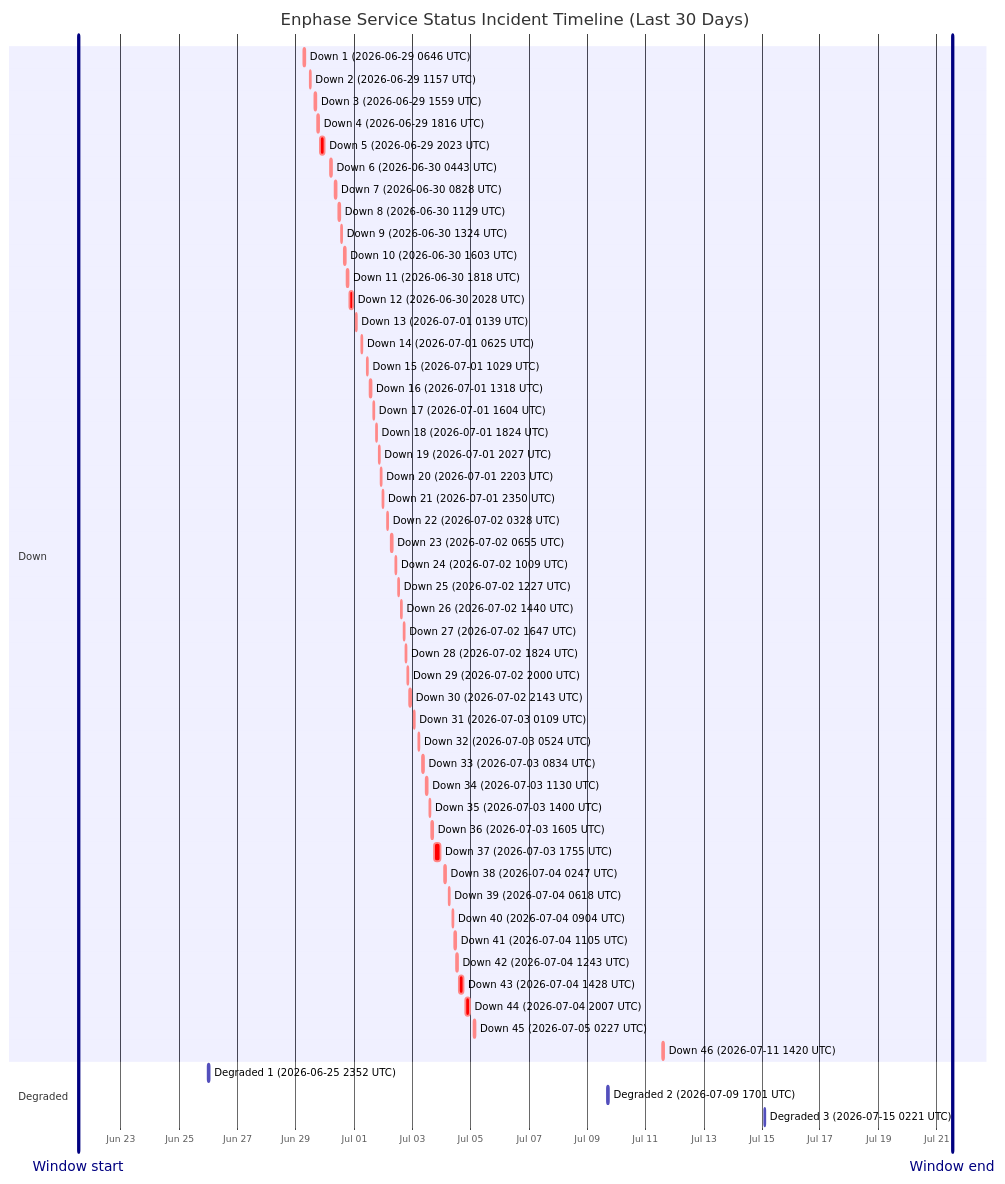
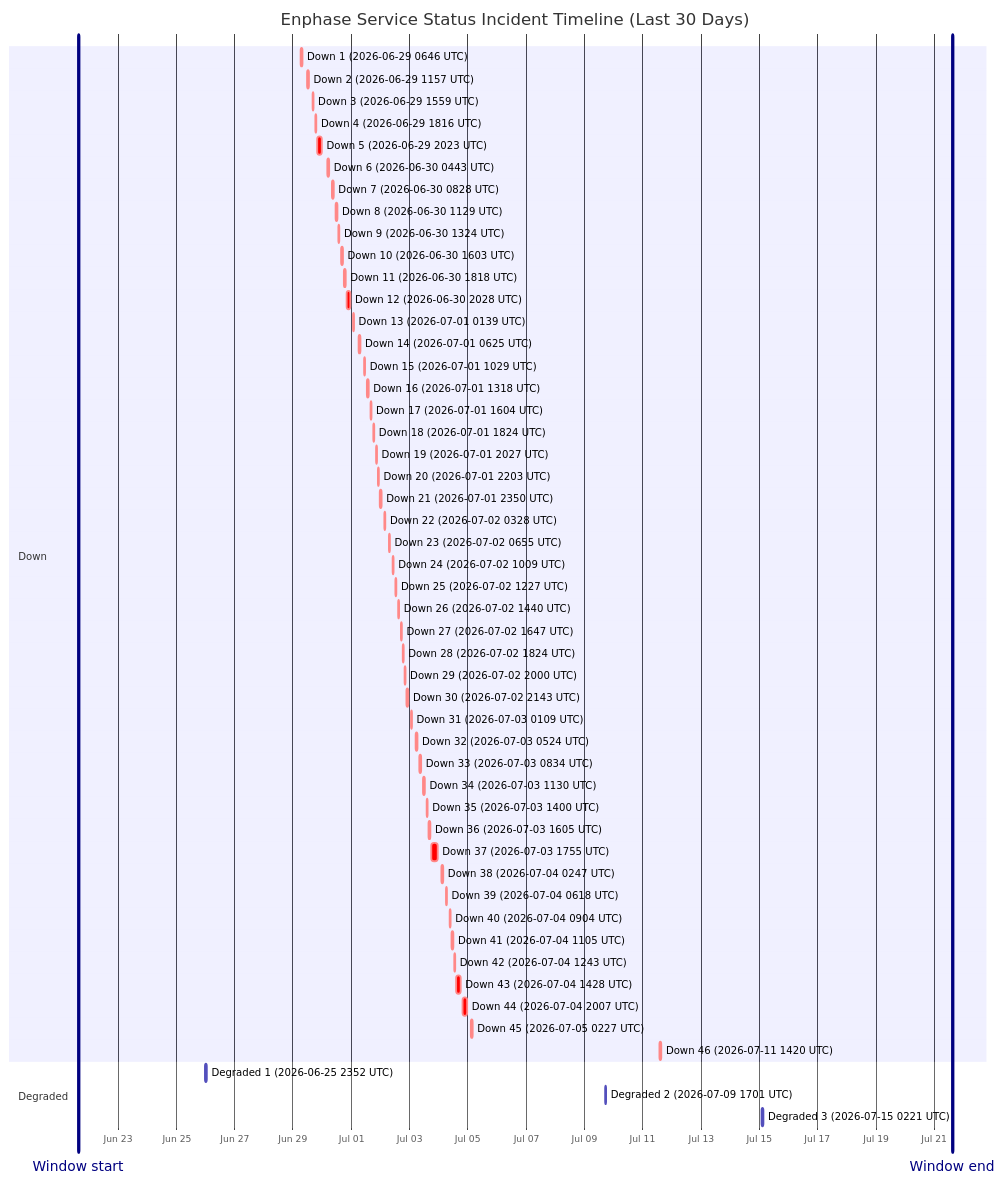
The diagram in wiki/Service-Status-History.md (barneyonline/ha-enphase-energy), drawn with Mermaid before and after one commit. The commit also changed other lines of this file and 3 other files, not shown here.

````diff
--- a/wiki/Service-Status-History.md
+++ b/wiki/Service-Status-History.md
@@ -14,59 +14,59 @@
 ```mermaid
 gantt
     title Enphase Service Status Incident Timeline (Last 30 Days)
     dateFormat  YYYY-MM-DDTHH:mm:ss
     axisFormat  %b %d
-    Window start :vert, window-start, 2026-06-21T12:51:42, 0ms
-    Window end :vert, window-end, 2026-07-21T12:51:42, 0ms
+    Window start :vert, window-start, 2026-06-21T15:02:51, 0ms
+    Window end :vert, window-end, 2026-07-21T15:02:51, 0ms
     section Down
     Down 1 (2026-06-29 0646 UTC) :crit, down-1, 2026-06-29T06:46:18, 60m
     Down 2 (2026-06-29 1157 UTC) :crit, down-2, 2026-06-29T11:57:36, 60m
     Down 3 (2026-06-29 1559 UTC) :crit, down-3, 2026-06-29T15:59:02, 60m
     Down 4 (2026-06-29 1816 UTC) :crit, down-4, 2026-06-29T18:16:38, 60m
     Down 5 (2026-06-29 2023 UTC) :crit, down-5, 2026-06-29T20:23:16, 220m
     Down 6 (2026-06-30 0443 UTC) :crit, down-6, 2026-06-30T04:43:54, 60m
     Down 7 (2026-06-30 0828 UTC) :crit, down-7, 2026-06-30T08:28:43, 60m
     Down 8 (2026-06-30 1129 UTC) :crit, down-8, 2026-06-30T11:29:15, 60m
     Down 9 (2026-06-30 1324 UTC) :crit, down-9, 2026-06-30T13:24:25, 60m
     Down 10 (2026-06-30 1603 UTC) :crit, down-10, 2026-06-30T16:03:26, 60m
     Down 11 (2026-06-30 1818 UTC) :crit, down-11, 2026-06-30T18:18:39, 60m
     Down 12 (2026-06-30 2028 UTC) :crit, down-12, 2026-06-30T20:28:54, 171m
     Down 13 (2026-07-01 0139 UTC) :crit, down-13, 2026-07-01T01:39:18, 60m
     Down 14 (2026-07-01 0625 UTC) :crit, down-14, 2026-07-01T06:25:35, 60m
     Down 15 (2026-07-01 1029 UTC) :crit, down-15, 2026-07-01T10:29:24, 60m
     Down 16 (2026-07-01 1318 UTC) :crit, down-16, 2026-07-01T13:18:31, 60m
     Down 17 (2026-07-01 1604 UTC) :crit, down-17, 2026-07-01T16:04:29, 60m
     Down 18 (2026-07-01 1824 UTC) :crit, down-18, 2026-07-01T18:24:21, 60m
     Down 19 (2026-07-01 2027 UTC) :crit, down-19, 2026-07-01T20:27:17, 60m
     Down 20 (2026-07-01 2203 UTC) :crit, down-20, 2026-07-01T22:03:46, 60m
     Down 21 (2026-07-01 2350 UTC) :crit, down-21, 2026-07-01T23:50:52, 60m
     Down 22 (2026-07-02 0328 UTC) :crit, down-22, 2026-07-02T03:28:33, 60m
     Down 23 (2026-07-02 0655 UTC) :crit, down-23, 2026-07-02T06:55:07, 60m
     Down 24 (2026-07-02 1009 UTC) :crit, down-24, 2026-07-02T10:09:15, 60m
     Down 25 (2026-07-02 1227 UTC) :crit, down-25, 2026-07-02T12:27:49, 60m
     Down 26 (2026-07-02 1440 UTC) :crit, down-26, 2026-07-02T14:40:53, 60m
     Down 27 (2026-07-02 1647 UTC) :crit, down-27, 2026-07-02T16:47:47, 60m
     Down 28 (2026-07-02 1824 UTC) :crit, down-28, 2026-07-02T18:24:26, 60m
     Down 29 (2026-07-02 2000 UTC) :crit, down-29, 2026-07-02T20:00:57, 60m
     Down 30 (2026-07-02 2143 UTC) :crit, down-30, 2026-07-02T21:43:52, 80m
     Down 31 (2026-07-03 0109 UTC) :crit, down-31, 2026-07-03T01:09:19, 60m
     Down 32 (2026-07-03 0524 UTC) :crit, down-32, 2026-07-03T05:24:23, 60m
     Down 33 (2026-07-03 0834 UTC) :crit, down-33, 2026-07-03T08:34:05, 60m
     Down 34 (2026-07-03 1130 UTC) :crit, down-34, 2026-07-03T11:30:41, 60m
     Down 35 (2026-07-03 1400 UTC) :crit, down-35, 2026-07-03T14:00:48, 60m
     Down 36 (2026-07-03 1605 UTC) :crit, down-36, 2026-07-03T16:05:49, 60m
     Down 37 (2026-07-03 1755 UTC) :crit, down-37, 2026-07-03T17:55:54, 338m
     Down 38 (2026-07-04 0247 UTC) :crit, down-38, 2026-07-04T02:47:22, 60m
     Down 39 (2026-07-04 0618 UTC) :crit, down-39, 2026-07-04T06:18:09, 60m
     Down 40 (2026-07-04 0904 UTC) :crit, down-40, 2026-07-04T09:04:41, 60m
     Down 41 (2026-07-04 1105 UTC) :crit, down-41, 2026-07-04T11:05:21, 60m
     Down 42 (2026-07-04 1243 UTC) :crit, down-42, 2026-07-04T12:43:25, 60m
     Down 43 (2026-07-04 1428 UTC) :crit, down-43, 2026-07-04T14:28:07, 243m
     Down 44 (2026-07-04 2007 UTC) :crit, down-44, 2026-07-04T20:07:50, 206m
     Down 45 (2026-07-05 0227 UTC) :crit, down-45, 2026-07-05T02:27:32, 109m
     Down 46 (2026-07-11 1420 UTC) :crit, down-46, 2026-07-11T14:20:54, 69m
     section Degraded
     Degraded 1 (2026-06-25 2352 UTC) :active, degraded-1, 2026-06-25T23:52:01, 60m
     Degraded 2 (2026-07-09 1701 UTC) :active, degraded-2, 2026-07-09T17:01:02, 60m
     Degraded 3 (2026-07-15 0221 UTC) :active, degraded-3, 2026-07-15T02:21:35, 60m
 ```
````
